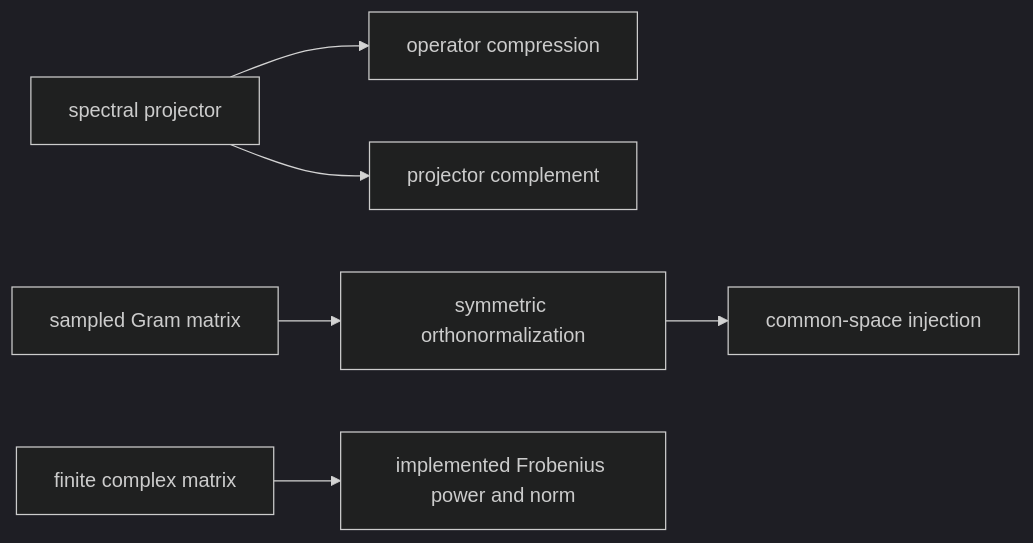
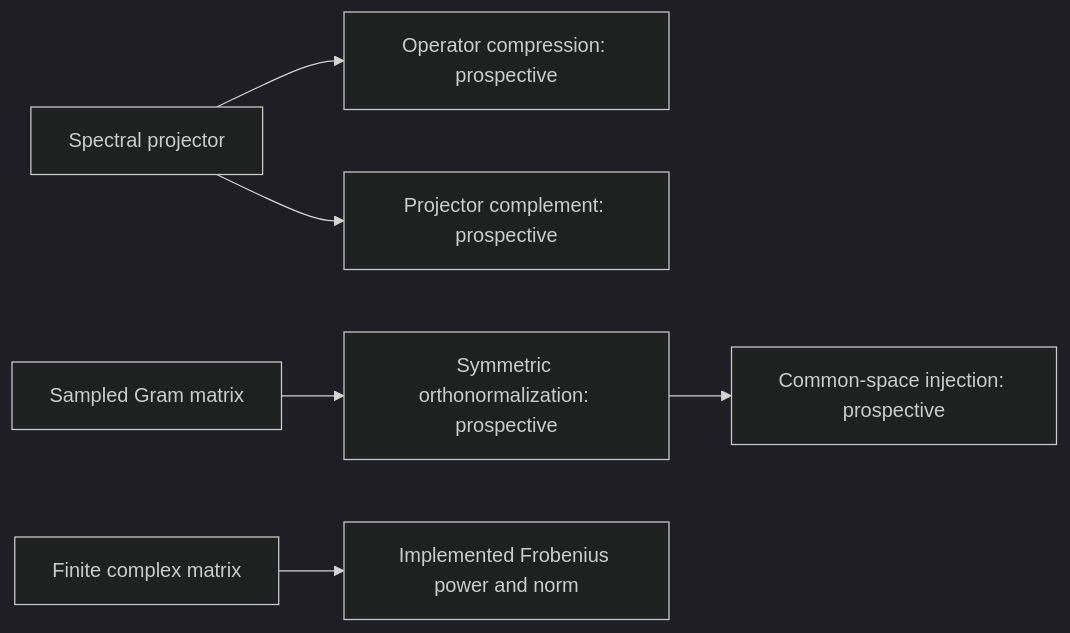
The fourth of 6 diagrams in docs/architecture/projectkoios/numerics/linalg/schematics.md (eragasa/projectkoios-optimization), drawn with Mermaid (dark theme) before and after one commit. The commit also changed other lines of this file and 23 other files, not shown here.

````diff
--- a/docs/architecture/projectkoios/numerics/linalg/schematics.md
+++ b/docs/architecture/projectkoios/numerics/linalg/schematics.md
@@ -40,8 +86,8 @@
 ```mermaid
 flowchart LR
-    P["spectral projector"] --> C["operator compression"]
-    P --> K["projector complement"]
-    G["sampled Gram matrix"] --> O["symmetric orthonormalization"]
-    O --> J["common-space injection"]
-    N["finite complex matrix"] --> M["implemented Frobenius power and norm"]
+    P[Spectral projector] --> C[Operator compression: prospective]
+    P --> K[Projector complement: prospective]
+    G[Sampled Gram matrix] --> O[Symmetric orthonormalization: prospective]
+    O --> J[Common-space injection: prospective]
+    N[Finite complex matrix] --> M[Implemented Frobenius power and norm]
 ```
````
